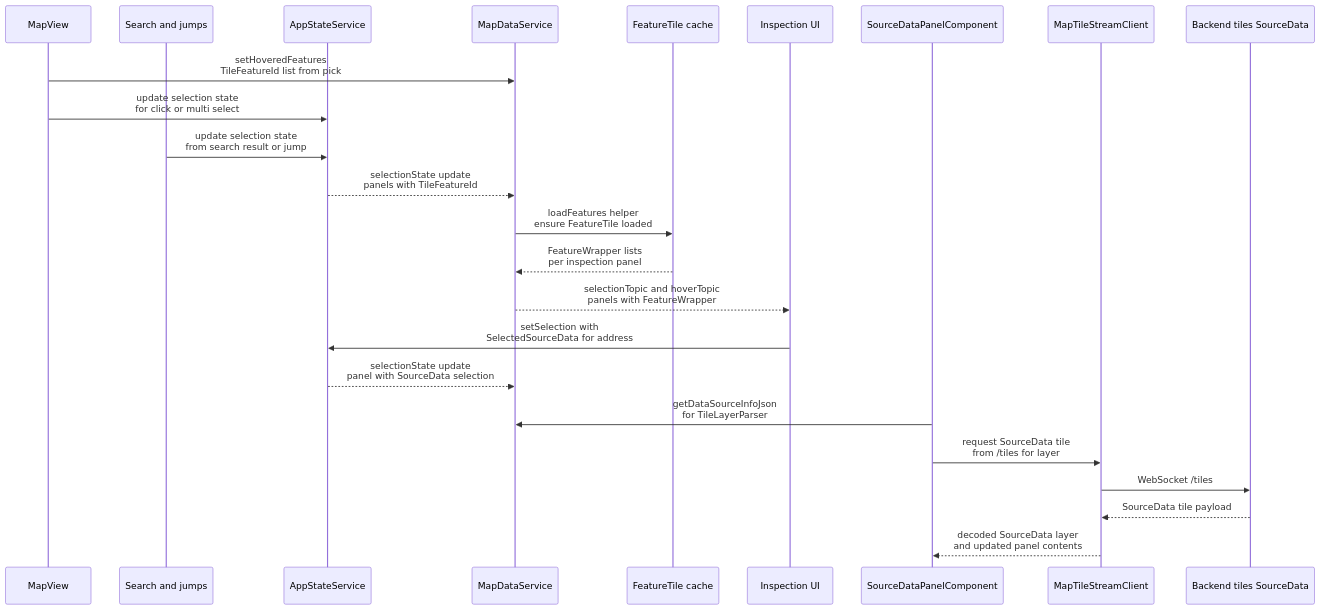
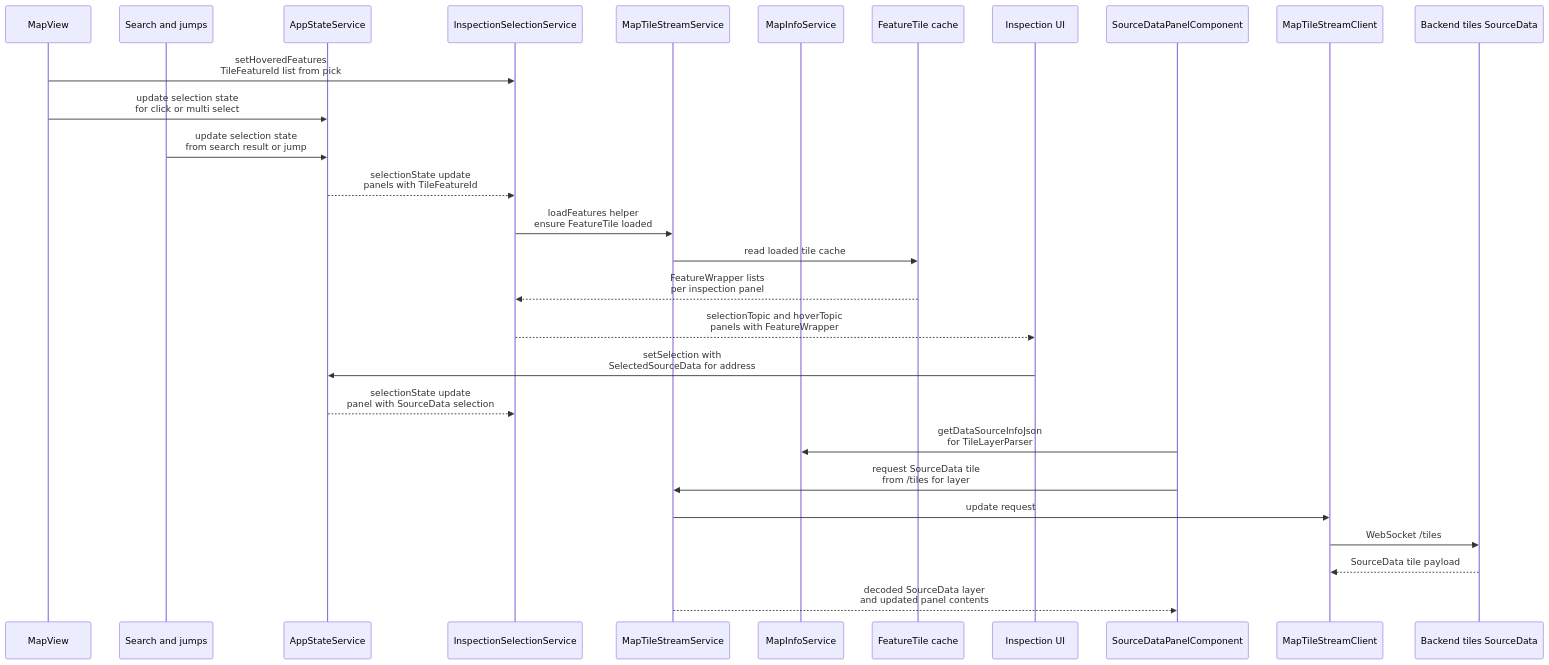
One commit to ndsev/erdblick changed the tenth of 10 diagrams in docs/erdblick-dev-guide.md. Above: the diagram before and after it, drawn with Mermaid. The commit also changed other lines of this file and 43 other files, not shown here.

Commit message:
Split up the MapDataService

````diff
--- a/docs/erdblick-dev-guide.md
+++ b/docs/erdblick-dev-guide.md
@@ -659,29 +752,33 @@
 ```mermaid
 sequenceDiagram
   participant View as MapView
   participant Search as Search and jumps
   participant State as AppStateService
-  participant MapSvc as MapDataService
+  participant Selection as InspectionSelectionService
+  participant TileStreamSvc as MapTileStreamService
+  participant MapInfo as MapInfoService
   participant Tiles as FeatureTile cache
   participant Inspect as Inspection UI
   participant SourcePanel as SourceDataPanelComponent
   participant TileStream as MapTileStreamClient
   participant Backend as Backend tiles SourceData
 
-  View->>MapSvc: setHoveredFeatures<br>TileFeatureId list from pick
+  View->>Selection: setHoveredFeatures<br>TileFeatureId list from pick
   View->>State: update selection state<br>for click or multi select
   Search->>State: update selection state<br>from search result or jump
-  State-->>MapSvc: selectionState update<br>panels with TileFeatureId
+  State-->>Selection: selectionState update<br>panels with TileFeatureId
 
-  MapSvc->>Tiles: loadFeatures helper<br>ensure FeatureTile loaded
-  Tiles-->>MapSvc: FeatureWrapper lists<br>per inspection panel
-  MapSvc-->>Inspect: selectionTopic and hoverTopic<br>panels with FeatureWrapper
+  Selection->>TileStreamSvc: loadFeatures helper<br>ensure FeatureTile loaded
+  TileStreamSvc->>Tiles: read loaded tile cache
+  Tiles-->>Selection: FeatureWrapper lists<br>per inspection panel
+  Selection-->>Inspect: selectionTopic and hoverTopic<br>panels with FeatureWrapper
 
   Inspect->>State: setSelection with<br>SelectedSourceData for address
-  State-->>MapSvc: selectionState update<br>panel with SourceData selection
-  SourcePanel->>MapSvc: getDataSourceInfoJson<br>for TileLayerParser
-  SourcePanel->>TileStream: request SourceData tile<br>from /tiles for layer
+  State-->>Selection: selectionState update<br>panel with SourceData selection
+  SourcePanel->>MapInfo: getDataSourceInfoJson<br>for TileLayerParser
+  SourcePanel->>TileStreamSvc: request SourceData tile<br>from /tiles for layer
+  TileStreamSvc->>TileStream: update request
   TileStream->>Backend: WebSocket /tiles
   Backend-->>TileStream: SourceData tile payload
-  TileStream-->>SourcePanel: decoded SourceData layer<br>and updated panel contents
+  TileStreamSvc-->>SourcePanel: decoded SourceData layer<br>and updated panel contents
 ```
````
